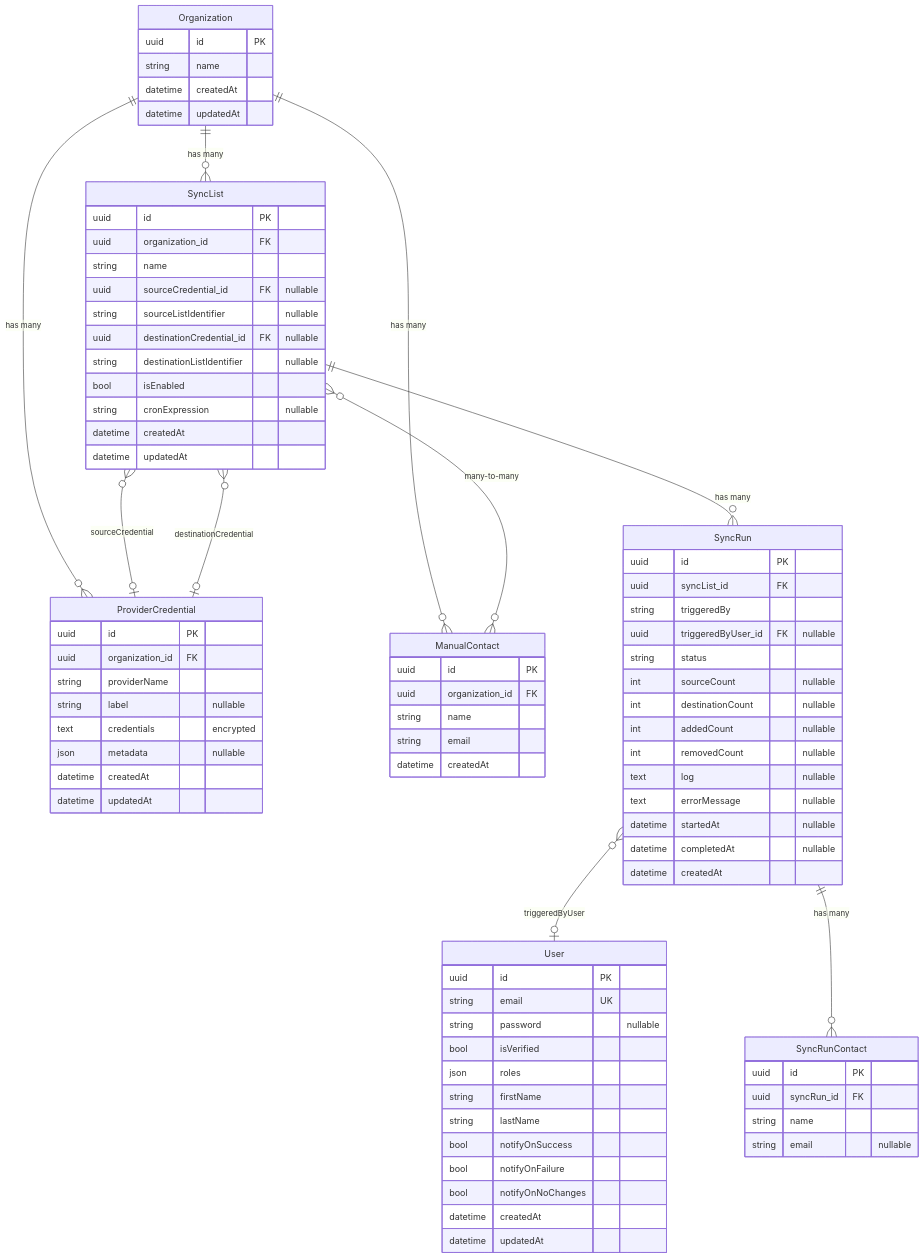
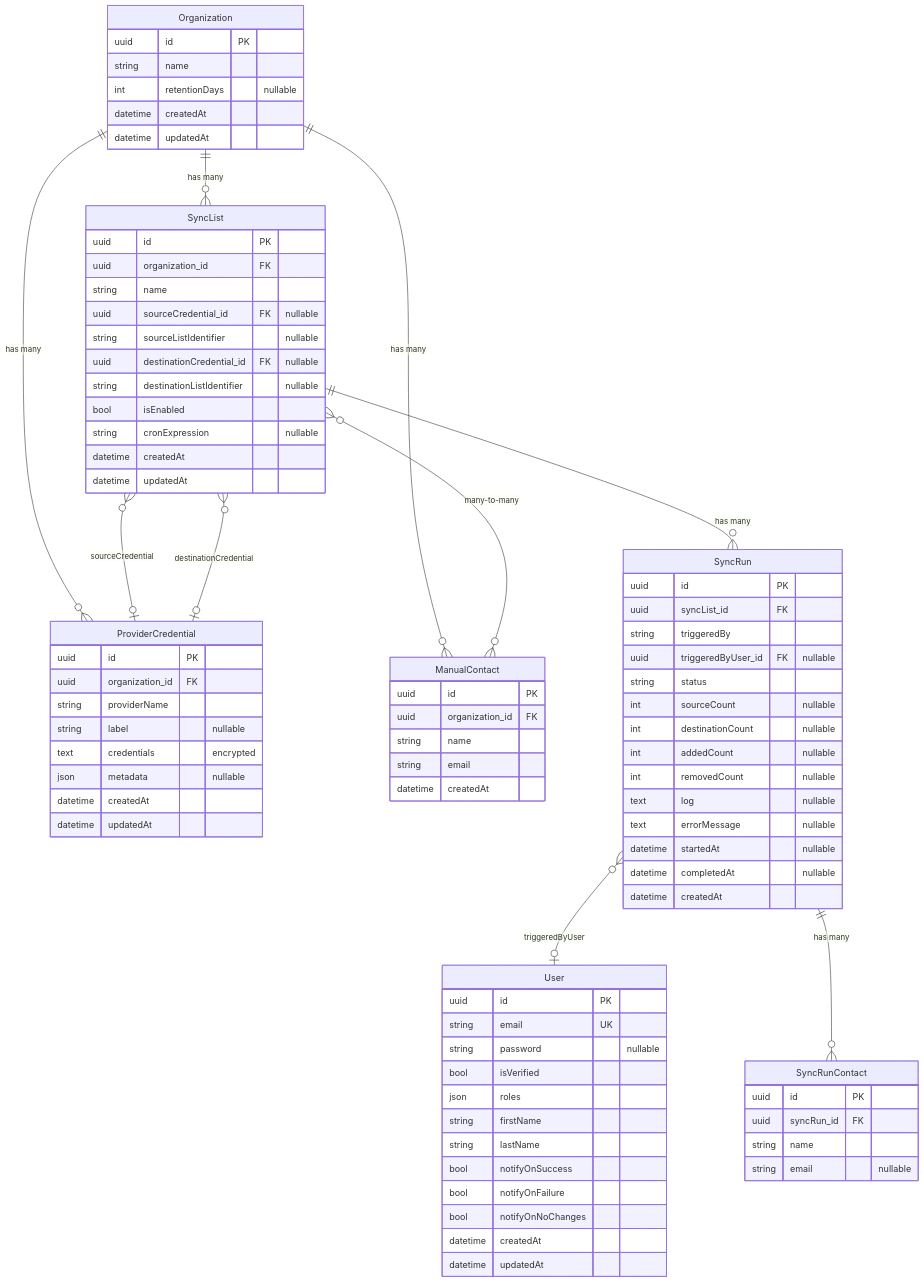
The diagram in src/Entity/README.md (nrutman/contacts-sync-web), drawn with Mermaid before and after one commit. The commit also changed other lines of this file and 35 other files, not shown here.

```diff
--- a/src/Entity/README.md
+++ b/src/Entity/README.md
@@ -40,6 +40,7 @@
     Organization {
         uuid id PK
         string name
+        int retentionDays "nullable"
         datetime createdAt
         datetime updatedAt
     }
```
